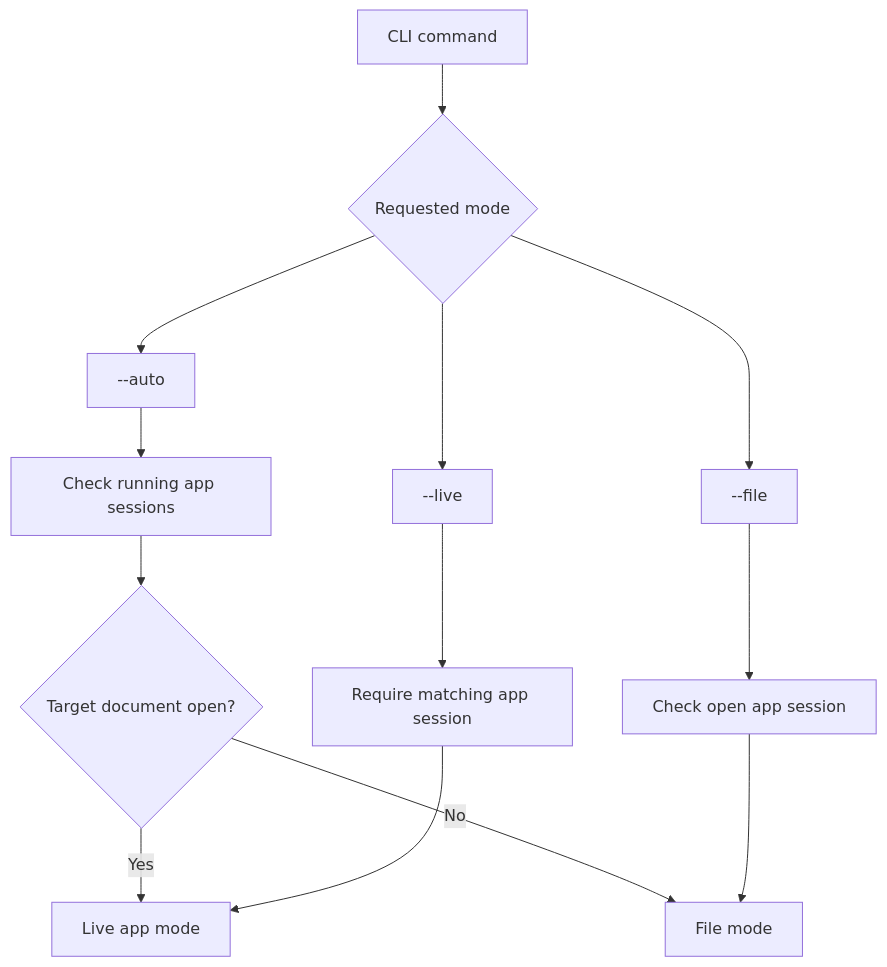
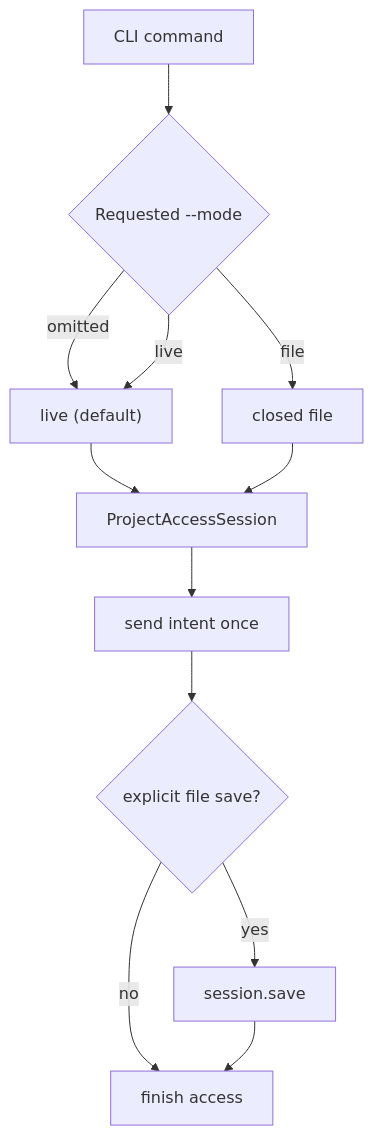
One commit to 1amageek/Rupa changed diagram 23 of 26 in Rupa/SPEC.md. Above: the diagram before and after it, drawn with Mermaid. The commit also changed other lines of this file and 114 other files, not shown here.

Commit message:
Route CLI through project access

````diff
--- a/Rupa/SPEC.md
+++ b/Rupa/SPEC.md
@@ -1218,15 +1217,14 @@
 ```mermaid
 flowchart TD
-    Start["CLI command"] --> Mode{"Requested mode"}
-    Mode --> Auto["--auto"]
-    Mode --> Live["--live"]
-    Mode --> File["--file"]
-    Auto --> Detect["Check running app sessions"]
-    Detect --> Open{"Target document open?"}
-    Open -->|Yes| LiveFlow["Live app mode"]
-    Open -->|No| FileFlow["File mode"]
-    Live --> RequireSession["Require matching app session"]
-    RequireSession --> LiveFlow
-    File --> CheckOpen["Check open app session"]
-    CheckOpen --> FileFlow
+    Start["CLI command"] --> Mode{"Requested --mode"}
+    Mode -->|omitted| Live["live (default)"]
+    Mode -->|live| Live
+    Mode -->|file| File["closed file"]
+    Live --> Session["ProjectAccessSession"]
+    File --> Session
+    Session --> Send["send intent once"]
+    Send --> Save{"explicit file save?"}
+    Save -->|no| Finish["finish access"]
+    Save -->|yes| Persist["session.save"]
+    Persist --> Finish
 ```
````
